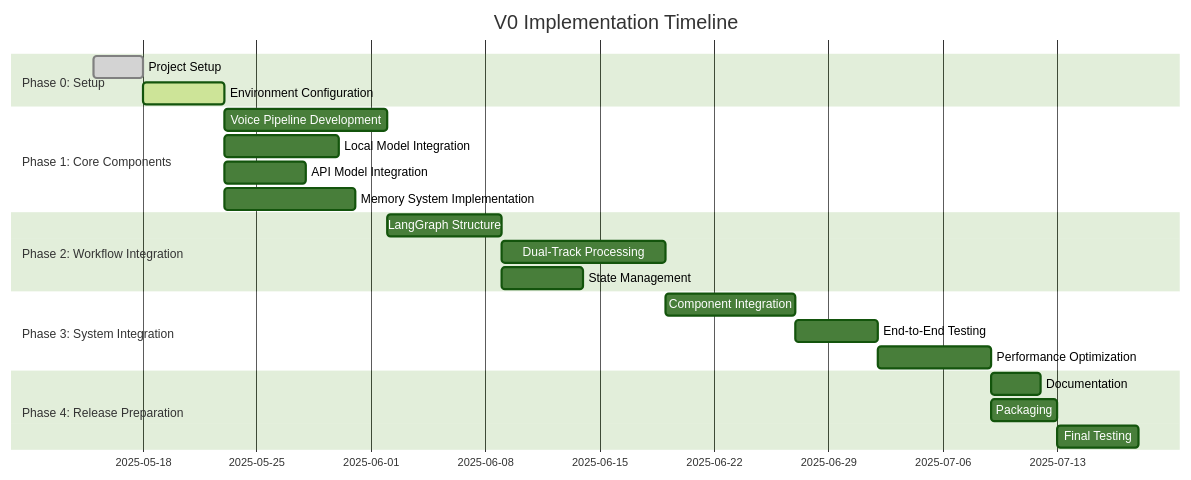
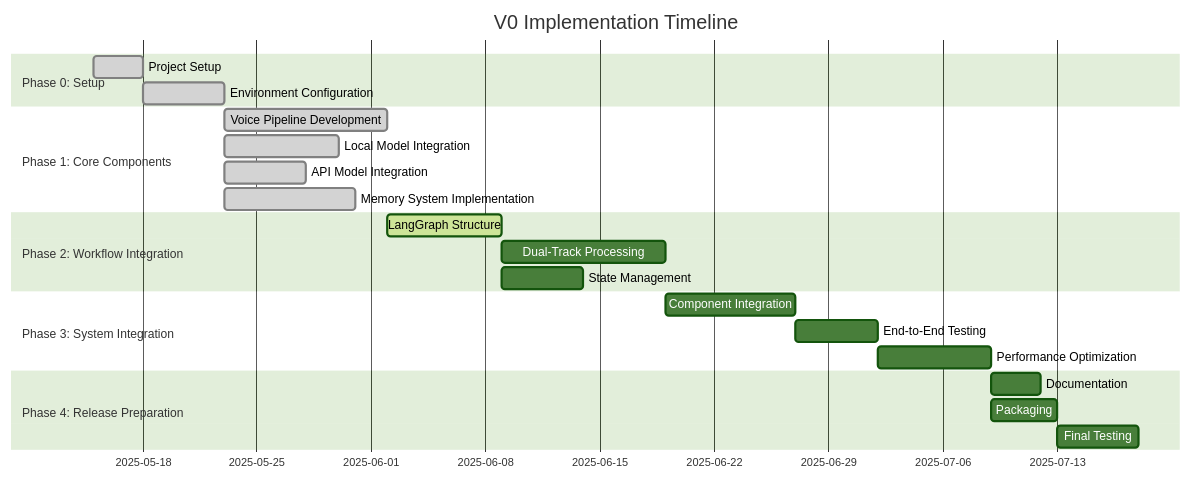
One commit to vigil-313/VANTA-ALPHA changed the first of 2 diagrams in Development/IMPLEMENTATION_PLAN.md. Above: the diagram before and after it, drawn with Mermaid (forest theme). The commit also changed other lines of this file and 1 other file, not shown here.

First line of the commit message:
Realign implementation plan with actual code state

````diff
--- a/Development/IMPLEMENTATION_PLAN.md
+++ b/Development/IMPLEMENTATION_PLAN.md
@@ -19,29 +19,29 @@
 ```mermaid
 gantt
     title V0 Implementation Timeline
     dateFormat  YYYY-MM-DD
     section Phase 0: Setup
     Project Setup                  :done, p0_1, 2025-05-15, 3d
-    Environment Configuration      :active, p0_2, after p0_1, 5d
+    Environment Configuration      :done, p0_2, after p0_1, 5d
     
     section Phase 1: Core Components
-    Voice Pipeline Development     :p1_1, after p0_2, 10d
-    Local Model Integration        :p1_2, after p0_2, 7d
-    API Model Integration          :p1_3, after p0_2, 5d
-    Memory System Implementation   :p1_4, after p0_2, 8d
+    Voice Pipeline Development     :done, p1_1, after p0_2, 10d
+    Local Model Integration        :done, p1_2, after p0_2, 7d
+    API Model Integration          :done, p1_3, after p0_2, 5d
+    Memory System Implementation   :done, p1_4, after p0_2, 8d
     
     section Phase 2: Workflow Integration
-    LangGraph Structure            :p2_1, after p1_1 p1_2 p1_3 p1_4, 7d
+    LangGraph Structure            :active, p2_1, after p1_1 p1_2 p1_3 p1_4, 7d
     Dual-Track Processing          :p2_2, after p2_1, 10d
     State Management               :p2_3, after p2_1, 5d
     
     section Phase 3: System Integration
     Component Integration          :p3_1, after p2_2 p2_3, 8d
     End-to-End Testing            :p3_2, after p3_1, 5d
     Performance Optimization      :p3_3, after p3_2, 7d
     
     section Phase 4: Release Preparation
     Documentation                 :p4_1, after p3_3, 3d
     Packaging                     :p4_2, after p3_3, 4d
     Final Testing                 :p4_3, after p4_1 p4_2, 5d
 ```
````
